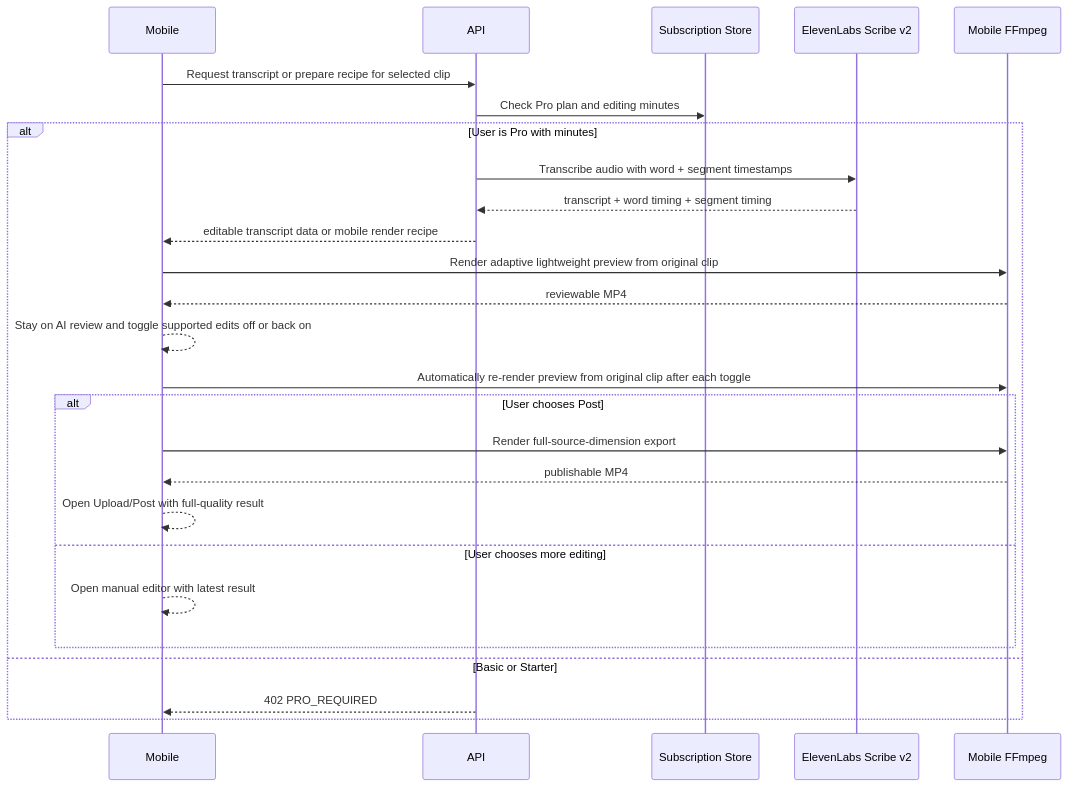
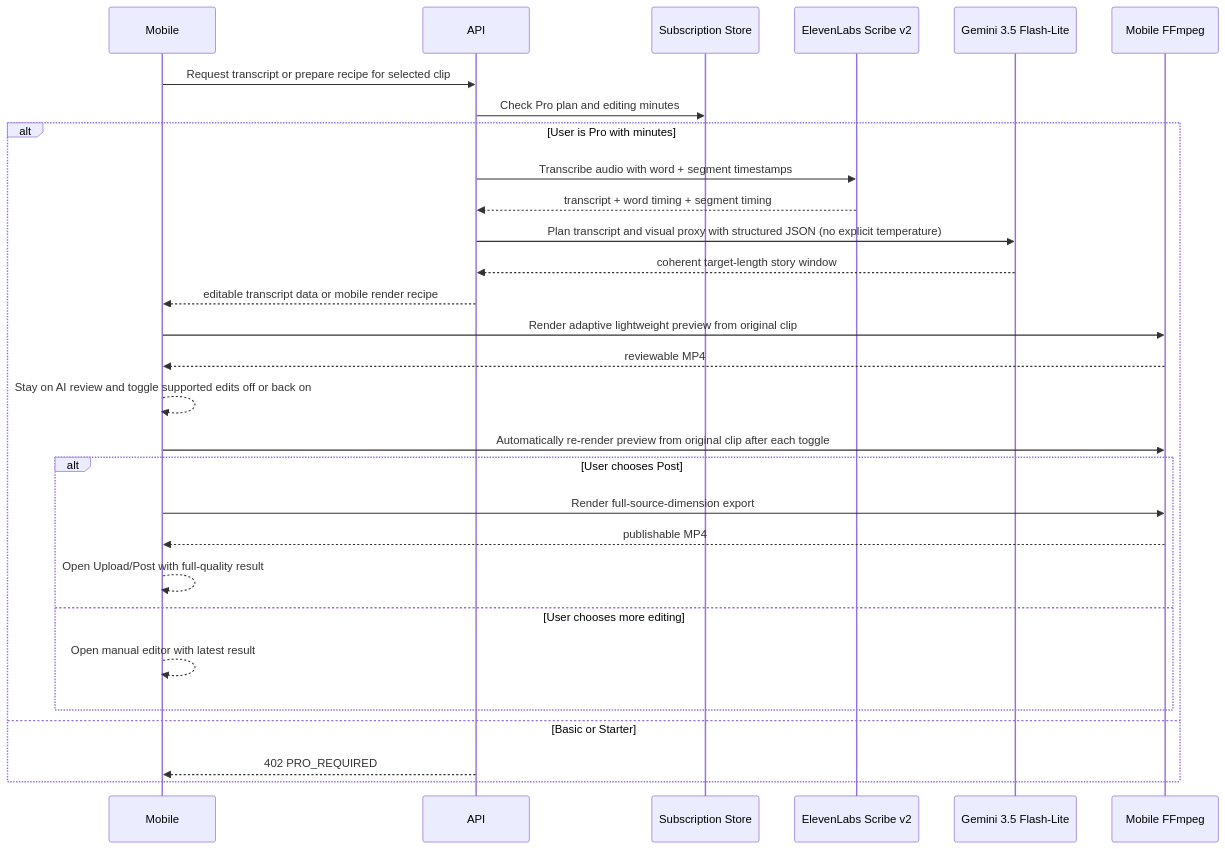
One commit to NOI56/PostDeeMobile changed the seventh of 8 diagrams in ARCHITECTURE.md. Above: the diagram before and after it, drawn with Mermaid. The commit also changed other lines of this file and 8 other files, not shown here.

````diff
--- a/ARCHITECTURE.md
+++ b/ARCHITECTURE.md
@@ -555,29 +559,32 @@
 ```mermaid
 sequenceDiagram
   participant M as Mobile
   participant A as API
   participant Sub as Subscription Store
   participant W as ElevenLabs Scribe v2
+  participant G as Gemini 3.5 Flash-Lite
   participant F as Mobile FFmpeg
 
   M->>A: Request transcript or prepare recipe for selected clip
   A->>Sub: Check Pro plan and editing minutes
   alt User is Pro with minutes
     A->>W: Transcribe audio with word + segment timestamps
     W-->>A: transcript + word timing + segment timing
+    A->>G: Plan transcript and visual proxy with structured JSON (no explicit temperature)
+    G-->>A: coherent target-length story window
     A-->>M: editable transcript data or mobile render recipe
     M->>F: Render adaptive lightweight preview from original clip
     F-->>M: reviewable MP4
     M-->>M: Stay on AI review and toggle supported edits off or back on
     M->>F: Automatically re-render preview from original clip after each toggle
     alt User chooses Post
       M->>F: Render full-source-dimension export
       F-->>M: publishable MP4
       M-->>M: Open Upload/Post with full-quality result
     else User chooses more editing
       M-->>M: Open manual editor with latest result
     end
   else Basic or Starter
     A-->>M: 402 PRO_REQUIRED
   end
 ```
````
